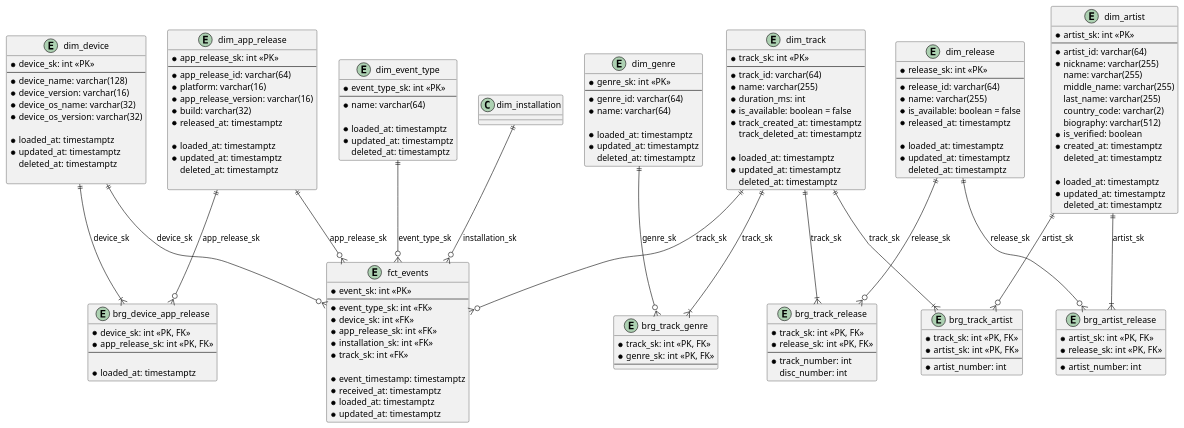
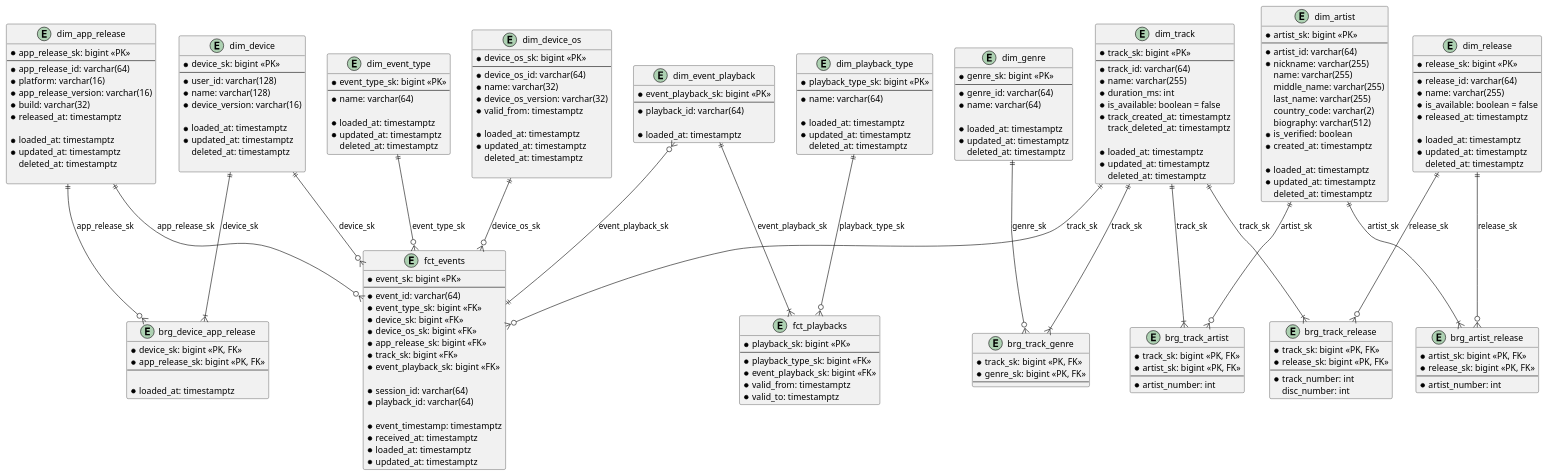
One commit to SINdeletE/music-stream-flow changed the diagram in sql/dwh/docs/ddl.puml. Above: the diagram before and after it, drawn with PlantUML. The commit also changed 4 other files, not shown here.

Commit message:
added c4 + DWH schema update

```diff
--- a/sql/dwh/docs/ddl.puml
+++ b/sql/dwh/docs/ddl.puml
@@ -2,12 +2,25 @@
 
 ' Dimentions
 entity dim_device {
-    * device_sk: int <<PK>>
+    * device_sk: bigint <<PK>>
     --
-    * device_name: varchar(128)
+    * user_id: varchar(128)
+    * name: varchar(128)
     * device_version: varchar(16)
-    * device_os_name: varchar(32)
+
+    * loaded_at: timestamptz
+    * updated_at: timestamptz
+    deleted_at: timestamptz
+
+}
+
+entity dim_device_os {
+    * device_os_sk: bigint <<PK>>
+    --
+    * device_os_id: varchar(64)
+    * name: varchar(32)
     * device_os_version: varchar(32)
+    * valid_from: timestamptz
 
     * loaded_at: timestamptz
     * updated_at: timestamptz
@@ -16,7 +29,7 @@
 }
 
 entity dim_app_release {
-    * app_release_sk: int <<PK>>
+    * app_release_sk: bigint <<PK>>
     --
     * app_release_id: varchar(64)
     * platform: varchar(16)
@@ -31,7 +44,7 @@
 }
 
 entity dim_track {
-    * track_sk: int <<PK>>
+    * track_sk: bigint <<PK>>
     --
     * track_id: varchar(64)
     * name: varchar(255)
@@ -46,7 +59,7 @@
 }
 
 entity dim_artist {
-    * artist_sk: int <<PK>>
+    * artist_sk: bigint <<PK>>
     --
     * artist_id: varchar(64)
     * nickname: varchar(255)
@@ -57,7 +70,6 @@
     biography: varchar(512)
     * is_verified: boolean
     * created_at: timestamptz
-    deleted_at: timestamptz
 
     * loaded_at: timestamptz
     * updated_at: timestamptz
@@ -65,7 +77,7 @@
 }
 
 entity dim_genre {
-    * genre_sk: int <<PK>>
+    * genre_sk: bigint <<PK>>
     --
     * genre_id: varchar(64)
     * name: varchar(64)
@@ -76,7 +88,7 @@
 }
 
 entity dim_release {
-    * release_sk: int <<PK>>
+    * release_sk: bigint <<PK>>
     --
     * release_id: varchar(64)
     * name: varchar(255)
@@ -89,7 +101,7 @@
 }
 
 entity dim_event_type {
-    * event_type_sk: int <<PK>>
+    * event_type_sk: bigint <<PK>>
     --
     * name: varchar(64)
 
@@ -98,64 +110,100 @@
     deleted_at: timestamptz
 }
 
+entity dim_playback_type {
+    * playback_type_sk: bigint <<PK>>
+    --
+    * name: varchar(64)
+
+    * loaded_at: timestamptz
+    * updated_at: timestamptz
+    deleted_at: timestamptz
+}
+
+entity dim_event_playback {
+    * event_playback_sk: bigint <<PK>>
+    --
+    * playback_id: varchar(64)
+
+    * loaded_at: timestamptz
+}
+
 ' Bridges
 entity brg_device_app_release {
-    * device_sk: int <<PK, FK>>
-    * app_release_sk: int <<PK, FK>>
+    * device_sk: bigint <<PK, FK>>
+    * app_release_sk: bigint <<PK, FK>>
     --
 
     * loaded_at: timestamptz
 }
 
 entity brg_track_genre {
-    * track_sk: int <<PK, FK>>
-    * genre_sk: int <<PK, FK>>
+    * track_sk: bigint <<PK, FK>>
+    * genre_sk: bigint <<PK, FK>>
     --
 }
 
 entity brg_track_artist {
-    * track_sk: int <<PK, FK>>
-    * artist_sk: int <<PK, FK>>
+    * track_sk: bigint <<PK, FK>>
+    * artist_sk: bigint <<PK, FK>>
     --
     * artist_number: int
 }
 
 entity brg_track_release {
-    * track_sk: int <<PK, FK>>
-    * release_sk: int <<PK, FK>>
+    * track_sk: bigint <<PK, FK>>
+    * release_sk: bigint <<PK, FK>>
     --
     * track_number: int
     disc_number: int
 }
 
 entity brg_artist_release {
-    * artist_sk: int <<PK, FK>>
-    * release_sk: int <<PK, FK>>
+    * artist_sk: bigint <<PK, FK>>
+    * release_sk: bigint <<PK, FK>>
     --
     * artist_number: int
 }
 
 ' Fact
 entity fct_events {
-    * event_sk: int <<PK>>
+    * event_sk: bigint <<PK>>
     --
-    * event_type_sk: int <<FK>>
-    * device_sk: int <<FK>>
-    * app_release_sk: int <<FK>>
-    * installation_sk: int <<FK>>
-    * track_sk: int <<FK>>
+    * event_id: varchar(64)
+    * event_type_sk: bigint <<FK>>
+    * device_sk: bigint <<FK>>
+    * device_os_sk: bigint <<FK>>
+    * app_release_sk: bigint <<FK>>
+    * track_sk: bigint <<FK>>
+    * event_playback_sk: bigint <<FK>>
+    
+    * session_id: varchar(64)
+    * playback_id: varchar(64)
 
     * event_timestamp: timestamptz
     * received_at: timestamptz
     * loaded_at: timestamptz
     * updated_at: timestamptz
 }
+
+entity fct_playbacks {
+    * playback_sk: bigint <<PK>>
+    --
+    * playback_type_sk: bigint <<FK>>
+    * event_playback_sk: bigint <<FK>>
+    * valid_from: timestamptz
+    * valid_to: timestamptz
+}
 ' Fact to dimensions (including Unknown / Not applicable members)
 dim_event_type ||--o{ fct_events : event_type_sk
 dim_device ||--o{ fct_events : device_sk
+dim_device_os ||--o{ fct_events : device_os_sk
 dim_app_release ||--o{ fct_events : app_release_sk
-dim_installation ||--o{ fct_events : installation_sk
 dim_track ||--o{ fct_events : track_sk
+
+dim_event_playback }o--|| fct_events: event_playback_sk
+dim_event_playback ||--|{ fct_playbacks: event_playback_sk
+dim_playback_type ||--o{ fct_playbacks: playback_type_sk
 
 ' Dimensions to bridges
 dim_device ||--|{ brg_device_app_release : device_sk
```
